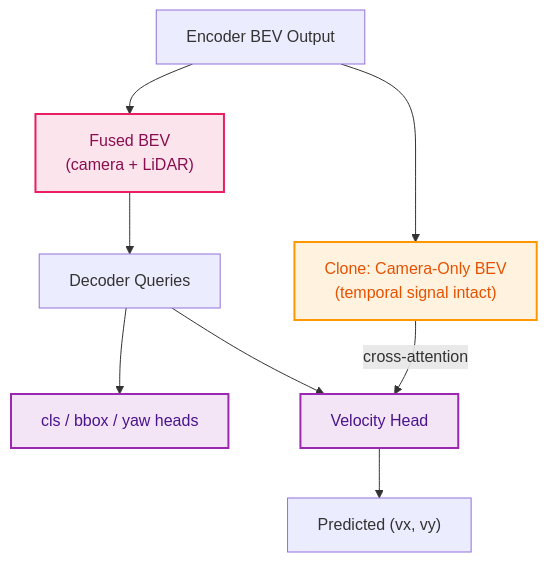
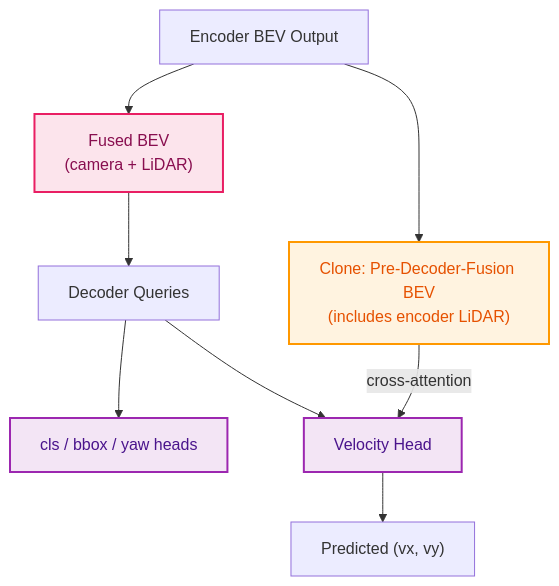
The fourth of 4 diagrams in doc/00-overview.md (xiaotwu/BEVFormerFusion), drawn with Mermaid before and after one commit. The commit also changed other lines of this file and 136 other files, not shown here.

````diff
--- a/doc/00-overview.md
+++ b/doc/00-overview.md
@@ -198,23 +198,23 @@
 ```mermaid
 graph TD
     ENC["Encoder BEV Output"]
 
     ENC --> FUSED["Fused BEV<br/>(camera + LiDAR)"]
-    ENC --> CLONE["Clone: Camera-Only BEV<br/>(temporal signal intact)"]
+    ENC --> CLONE["Clone: Pre-Decoder-Fusion BEV<br/>(includes encoder LiDAR)"]
 
     FUSED --> DEC_Q["Decoder Queries"]
 
     DEC_Q --> H_CLS["cls / bbox / yaw heads"]
     DEC_Q --> VEL_HEAD["Velocity Head"]
     CLONE -->|"cross-attention"| VEL_HEAD
 
     VEL_HEAD --> VX_VY["Predicted (vx, vy)"]
 
     classDef cam  fill:#fff3e0,stroke:#ff9800,stroke-width:2px,color:#e65100
     classDef fuse fill:#fce4ec,stroke:#e91e63,stroke-width:2px,color:#880e4f
     classDef head fill:#f3e5f5,stroke:#9c27b0,stroke-width:2px,color:#4a148c
 
     class CLONE cam
     class FUSED fuse
     class VEL_HEAD,H_CLS head
 ```
````
